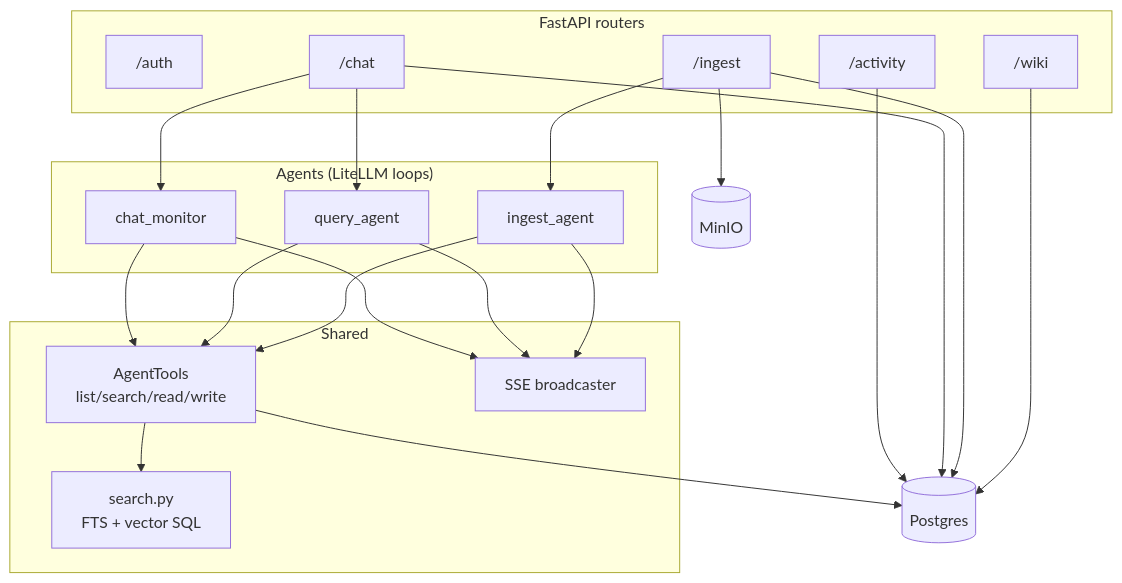
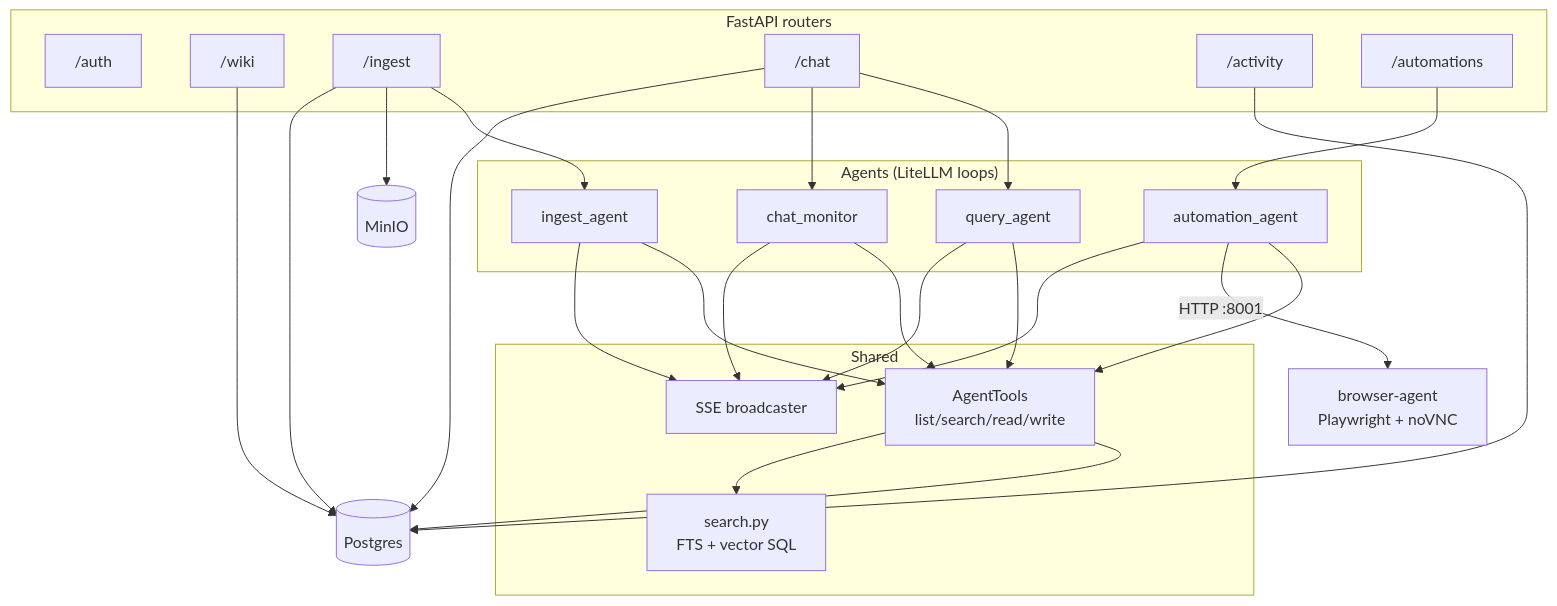
Before and after one commit to DFly7/Second-Brain: the third of 5 diagrams in docs/architecture.md, drawn with Mermaid. The commit also changed other lines of this file and 2 other files, not shown here.

First line of the commit message:
docs: add automation-agent writeup and update README/architecture

````diff
--- a/docs/architecture.md
+++ b/docs/architecture.md
@@ -52,39 +52,46 @@
 ```mermaid
 flowchart TB
   subgraph http["FastAPI routers"]
     A["/auth"]
     W["/wiki"]
     I["/ingest"]
     C["/chat"]
     AC["/activity"]
+    AU["/automations"]
   end
   subgraph agents["Agents (LiteLLM loops)"]
     ING["ingest_agent"]
     QRY["query_agent"]
     MON["chat_monitor"]
+    AUTO["automation_agent"]
   end
+  BA["browser-agent\nPlaywright + noVNC"]
   subgraph core["Shared"]
     T["AgentTools\nlist/search/read/write"]
     SSE["SSE broadcaster"]
     SRCH["search.py\nFTS + vector SQL"]
   end
   DB[(Postgres)]
   S3[(MinIO)]
 
   I --> ING
   C --> QRY
   C --> MON
+  AU --> AUTO
   ING --> T
   QRY --> T
   MON --> T
+  AUTO --> T
+  AUTO -->|HTTP :8001| BA
   ING --> SSE
   QRY --> SSE
   MON --> SSE
+  AUTO --> SSE
   T --> DB
   T --> SRCH
   W --> DB
   I --> S3
   I --> DB
   C --> DB
   AC --> DB
 ```
````
